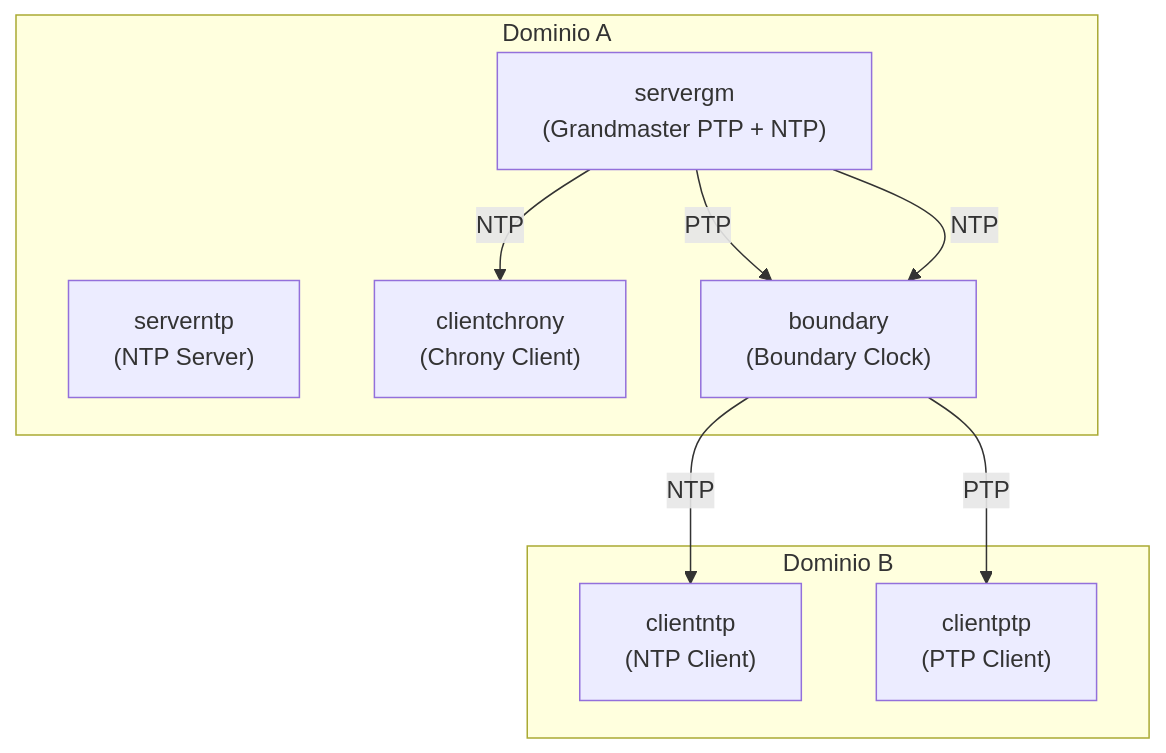
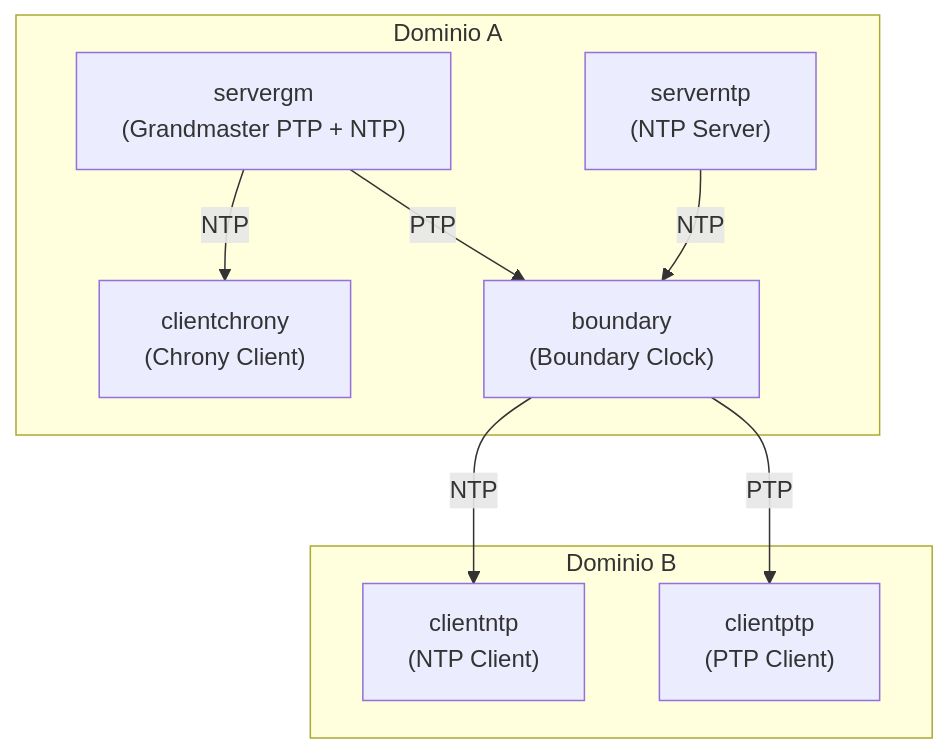
One commit to Mene39100/tesi_sync_lab changed the diagram in docs/phase3_report.md. Above: the diagram before and after it, drawn with Mermaid.

Commit message:
sistemato grafo

````diff
--- a/docs/phase3_report.md
+++ b/docs/phase3_report.md
@@ -73,26 +73,25 @@
 ```mermaid
 graph TD
     %% Dominio A
     subgraph Dominio_A ["Dominio A"]
         GM["servergm<br/>(Grandmaster PTP + NTP)"]
         NTPA["serverntp<br/>(NTP Server)"]
         CH["clientchrony<br/>(Chrony Client)"]
         BOUND["boundary<br/>(Boundary Clock)"]
     end
 
     %% Dominio B
     subgraph Dominio_B ["Dominio B"]
         NTPB["clientntp<br/>(NTP Client)"]
         PTPB["clientptp<br/>(PTP Client)"]
     end
 
-    %% Sincronizzazione PTP
+    %% PTP
     GM -->|PTP| BOUND
     BOUND -->|PTP| PTPB
 
-    %% Sincronizzazione NTP
+    %% NTP
     GM -->|NTP| CH
-    GM -->|NTP| BOUND
+    NTPA -->|NTP| BOUND
     BOUND -->|NTP| NTPB
-
 ```
````
